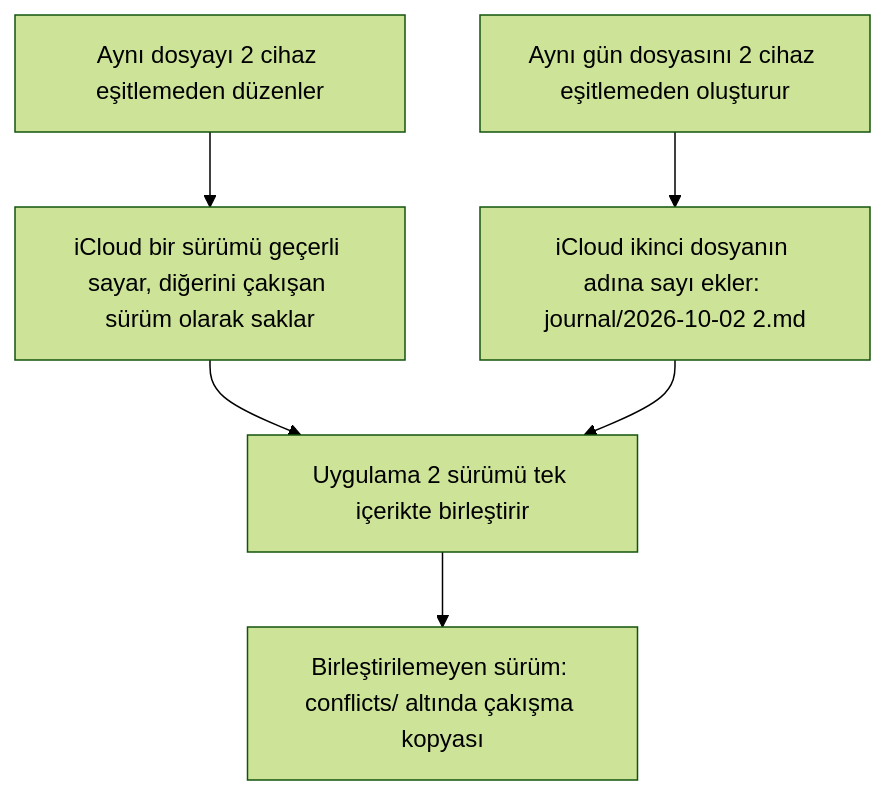
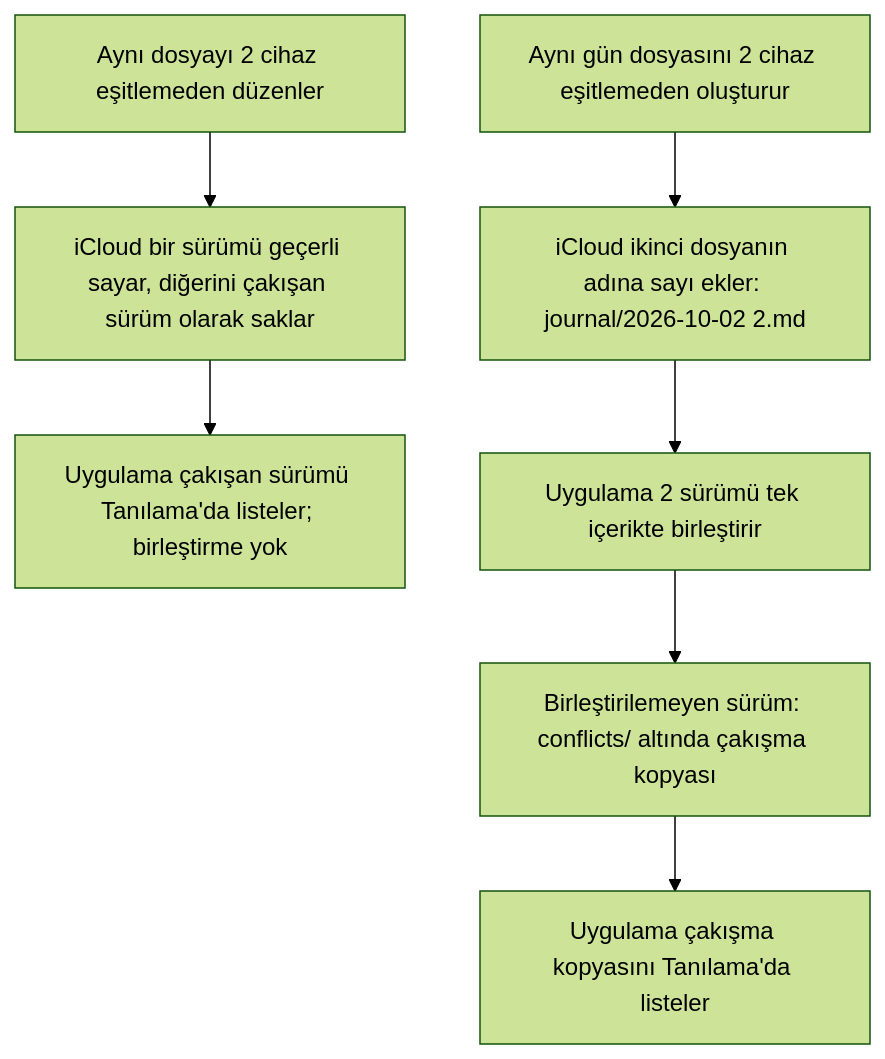
Diagram 17 of 22 in docs/vault-format.md (dogancanyildiz/kenet), drawn with Mermaid (forest theme) before and after one commit. The commit also changed other lines of this file and 36 other files, not shown here.

Commit message:
feat: iCloud çakışan sürümleri ve conflicts/ kopyaları Tanılama'da listelenir (#287)

````diff
--- a/docs/vault-format.md
+++ b/docs/vault-format.md
@@ -1465,8 +1465,9 @@
 ```mermaid
 flowchart TD
   A["Aynı dosyayı 2 cihaz eşitlemeden düzenler"] --> A1["iCloud bir sürümü geçerli sayar, diğerini çakışan sürüm olarak saklar"]
+  A1 --> T["Uygulama çakışan sürümü Tanılama'da listeler; birleştirme yok"]
   B["Aynı gün dosyasını 2 cihaz eşitlemeden oluşturur"] --> B1["iCloud ikinci dosyanın adına sayı ekler: journal/2026-10-02 2.md"]
-  A1 --> M["Uygulama 2 sürümü tek içerikte birleştirir"]
-  B1 --> M
+  B1 --> M["Uygulama 2 sürümü tek içerikte birleştirir"]
   M --> C["Birleştirilemeyen sürüm: conflicts/ altında çakışma kopyası"]
+  C --> L["Uygulama çakışma kopyasını Tanılama'da listeler"]
 ```
````
